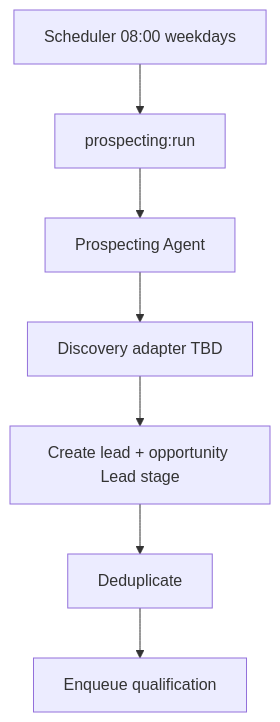
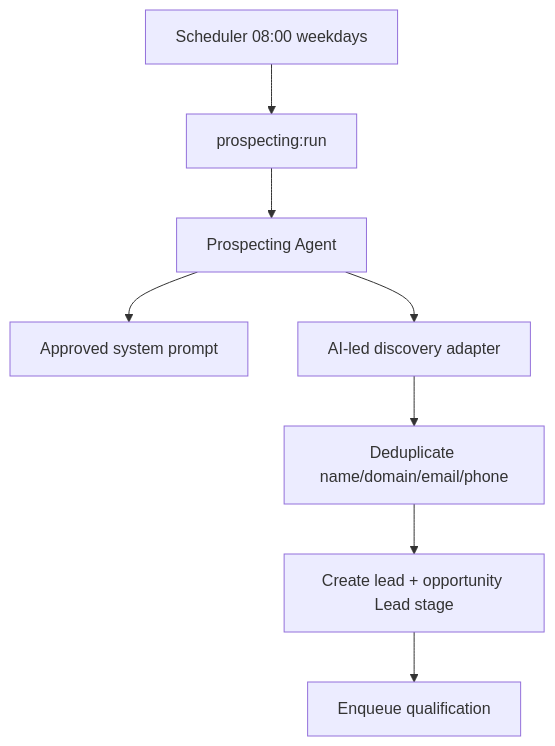
Before and after one commit to rogerio-pereira/CRM_AI: the diagram in docs/FDRs/ToDo/FDR-010-automated-prospecting.md, drawn with Mermaid. The commit also changed other lines of this file and 3 other files, not shown here.

````diff
--- a/docs/FDRs/ToDo/FDR-010-automated-prospecting.md
+++ b/docs/FDRs/ToDo/FDR-010-automated-prospecting.md
@@ -37,9 +42,10 @@
 ```mermaid
 flowchart TD
     Cron[Scheduler 08:00 weekdays] --> Cmd[prospecting:run]
     Cmd --> Agent[Prospecting Agent]
-    Agent --> Disc[Discovery adapter TBD]
-    Disc --> Save[Create lead + opportunity Lead stage]
-    Save --> Dedup[Deduplicate]
-    Dedup --> Q[Enqueue qualification]
+    Agent --> Prompt[Approved system prompt]
+    Agent --> Disc[AI-led discovery adapter]
+    Disc --> Dedup[Deduplicate name/domain/email/phone]
+    Dedup --> Save[Create lead + opportunity Lead stage]
+    Save --> Q[Enqueue qualification]
 ```
````
